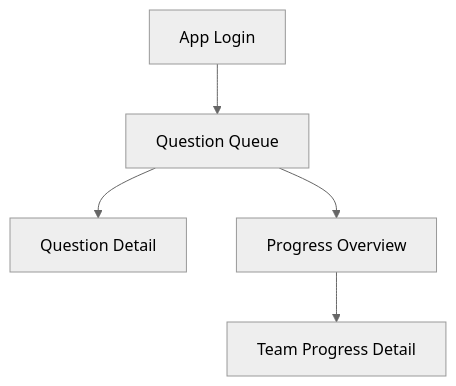
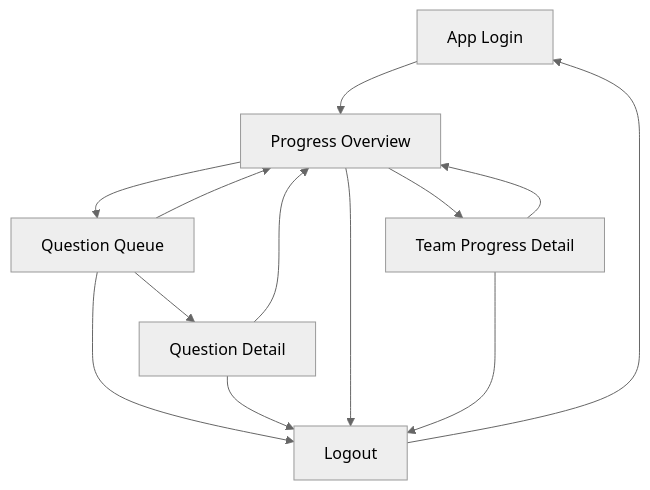
The first of 6 diagrams in docs/details/03_screen-flow.md (Asheze1127/progress-checker), drawn with Mermaid (neutral theme) before and after one commit. The commit also changed other lines of this file, not shown here.

Commit message:
fix review comment

````diff
--- a/docs/details/03_screen-flow.md
+++ b/docs/details/03_screen-flow.md
@@ -35,13 +35,22 @@
 ```mermaid
 flowchart TD
     LOGIN[App Login]
     QLIST[Question Queue]
     QDETAIL[Question Detail]
     POVERVIEW[Progress Overview]
     PDETAIL[Team Progress Detail]
+    LOGOUT[Logout]
 
-    LOGIN --> QLIST
+    LOGIN --> POVERVIEW
     QLIST --> QDETAIL
     QLIST --> POVERVIEW
+    QDETAIL --> POVERVIEW
     POVERVIEW --> PDETAIL
+    POVERVIEW --> QLIST
+    PDETAIL --> POVERVIEW
+    QLIST --> LOGOUT
+    QDETAIL --> LOGOUT
+    POVERVIEW --> LOGOUT
+    PDETAIL --> LOGOUT
+    LOGOUT --> LOGIN
 ```
````
